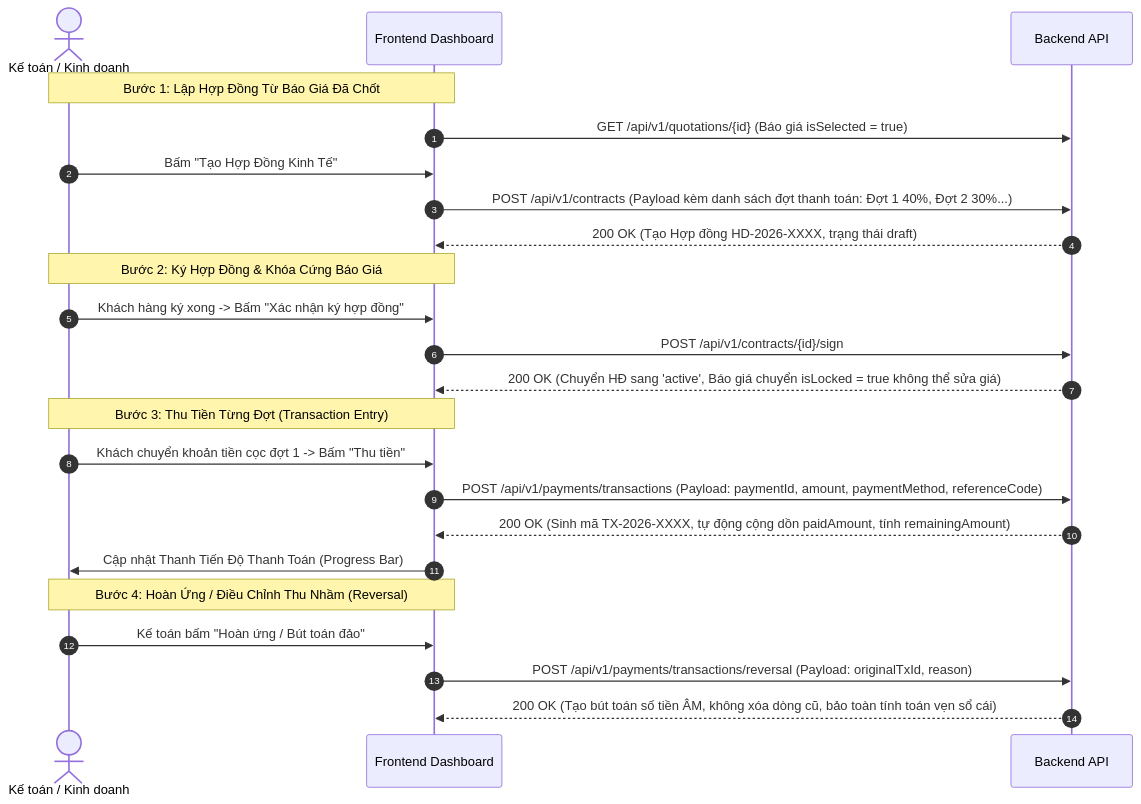
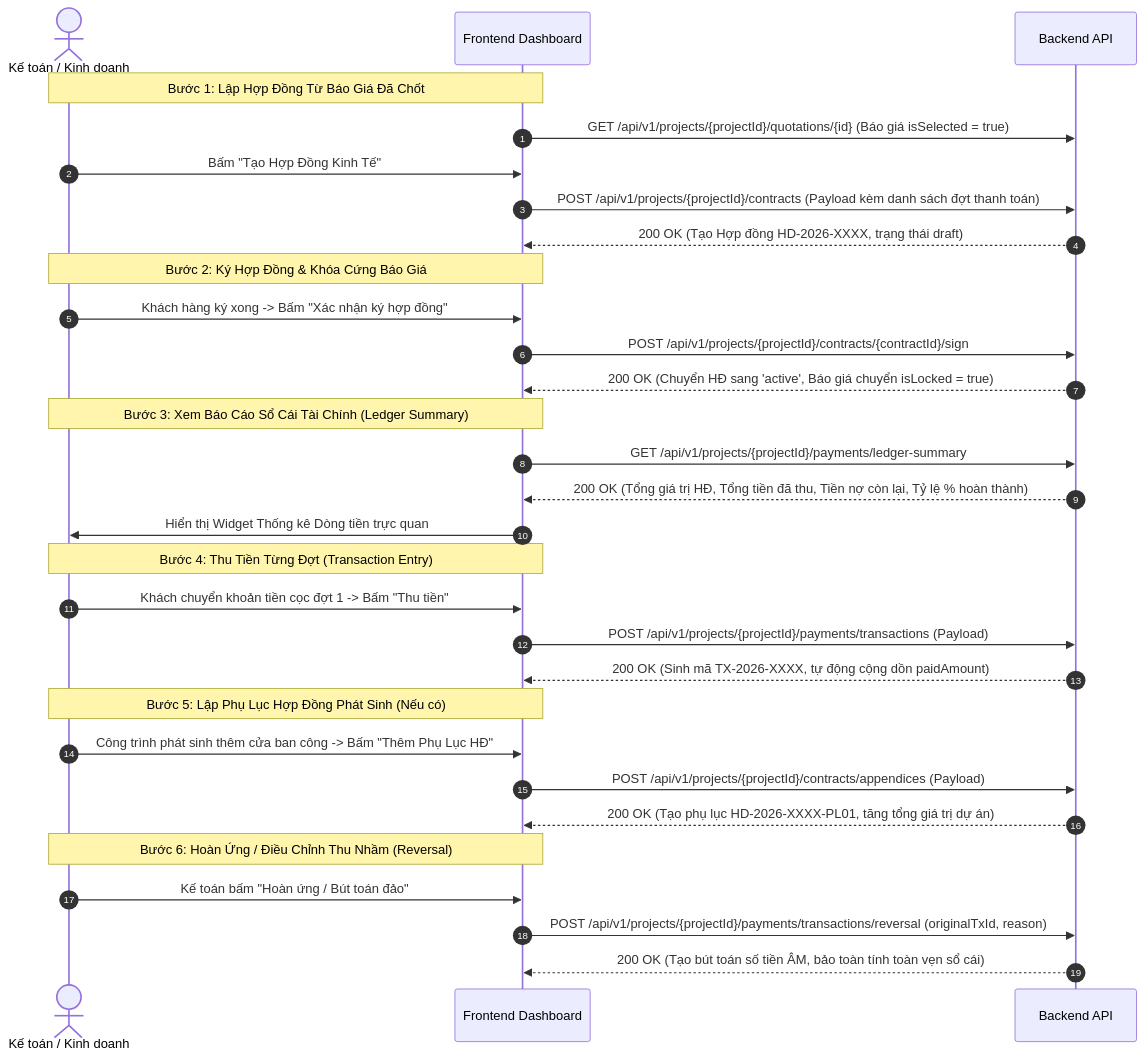
The diagram in docs/step2_project/004_hop_dong_va_thanh_toan_so_cai.md (XTTechVN/xttech-web-v2), drawn with Mermaid before and after one commit. The commit also changed other lines of this file and 5 other files, not shown here.

Commit message:
docs: add step 2 project documentation covering system architecture, survey, pricing, contracts, production, and inventory workflows

````diff
--- a/docs/step2_project/004_hop_dong_va_thanh_toan_so_cai.md
+++ b/docs/step2_project/004_hop_dong_va_thanh_toan_so_cai.md
@@ -9,29 +9,38 @@
 ```mermaid
 sequenceDiagram
     autonumber
     actor Accountant as Kế toán / Kinh doanh
     participant FE as Frontend Dashboard
     participant BE as Backend API
 
     Note over Accountant, FE: Bước 1: Lập Hợp Đồng Từ Báo Giá Đã Chốt
-    FE->>BE: GET /api/v1/quotations/{id} (Báo giá isSelected = true)
+    FE->>BE: GET /api/v1/projects/{projectId}/quotations/{id} (Báo giá isSelected = true)
     Accountant->>FE: Bấm "Tạo Hợp Đồng Kinh Tế"
-    FE->>BE: POST /api/v1/contracts (Payload kèm danh sách đợt thanh toán: Đợt 1 40%, Đợt 2 30%...)
+    FE->>BE: POST /api/v1/projects/{projectId}/contracts (Payload kèm danh sách đợt thanh toán)
     BE-->>FE: 200 OK (Tạo Hợp đồng HD-2026-XXXX, trạng thái draft)
 
     Note over Accountant, FE: Bước 2: Ký Hợp Đồng & Khóa Cứng Báo Giá
     Accountant->>FE: Khách hàng ký xong -> Bấm "Xác nhận ký hợp đồng"
-    FE->>BE: POST /api/v1/contracts/{id}/sign
-    BE-->>FE: 200 OK (Chuyển HĐ sang 'active', Báo giá chuyển isLocked = true không thể sửa giá)
+    FE->>BE: POST /api/v1/projects/{projectId}/contracts/{contractId}/sign
+    BE-->>FE: 200 OK (Chuyển HĐ sang 'active', Báo giá chuyển isLocked = true)
 
-    Note over Accountant, FE: Bước 3: Thu Tiền Từng Đợt (Transaction Entry)
+    Note over Accountant, FE: Bước 3: Xem Báo Cáo Sổ Cái Tài Chính (Ledger Summary)
+    FE->>BE: GET /api/v1/projects/{projectId}/payments/ledger-summary
+    BE-->>FE: 200 OK (Tổng giá trị HĐ, Tổng tiền đã thu, Tiền nợ còn lại, Tỷ lệ % hoàn thành)
+    FE->>Accountant: Hiển thị Widget Thống kê Dòng tiền trực quan
+
+    Note over Accountant, FE: Bước 4: Thu Tiền Từng Đợt (Transaction Entry)
     Accountant->>FE: Khách chuyển khoản tiền cọc đợt 1 -> Bấm "Thu tiền"
-    FE->>BE: POST /api/v1/payments/transactions (Payload: paymentId, amount, paymentMethod, referenceCode)
-    BE-->>FE: 200 OK (Sinh mã TX-2026-XXXX, tự động cộng dồn paidAmount, tính remainingAmount)
-    FE->>Accountant: Cập nhật Thanh Tiến Độ Thanh Toán (Progress Bar)
+    FE->>BE: POST /api/v1/projects/{projectId}/payments/transactions (Payload)
+    BE-->>FE: 200 OK (Sinh mã TX-2026-XXXX, tự động cộng dồn paidAmount)
 
-    Note over Accountant, FE: Bước 4: Hoàn Ứng / Điều Chỉnh Thu Nhầm (Reversal)
+    Note over Accountant, FE: Bước 5: Lập Phụ Lục Hợp Đồng Phát Sinh (Nếu có)
+    Accountant->>FE: Công trình phát sinh thêm cửa ban công -> Bấm "Thêm Phụ Lục HĐ"
+    FE->>BE: POST /api/v1/projects/{projectId}/contracts/appendices (Payload)
+    BE-->>FE: 200 OK (Tạo phụ lục HD-2026-XXXX-PL01, tăng tổng giá trị dự án)
+
+    Note over Accountant, FE: Bước 6: Hoàn Ứng / Điều Chỉnh Thu Nhầm (Reversal)
     Accountant->>FE: Kế toán bấm "Hoàn ứng / Bút toán đảo"
-    FE->>BE: POST /api/v1/payments/transactions/reversal (Payload: originalTxId, reason)
-    BE-->>FE: 200 OK (Tạo bút toán số tiền ÂM, không xóa dòng cũ, bảo toàn tính toán vẹn sổ cái)
+    FE->>BE: POST /api/v1/projects/{projectId}/payments/transactions/reversal (originalTxId, reason)
+    BE-->>FE: 200 OK (Tạo bút toán số tiền ÂM, bảo toàn tính toàn vẹn sổ cái)
 ```
````
